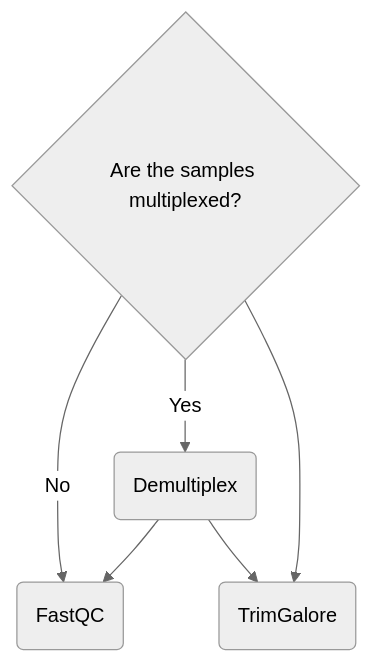
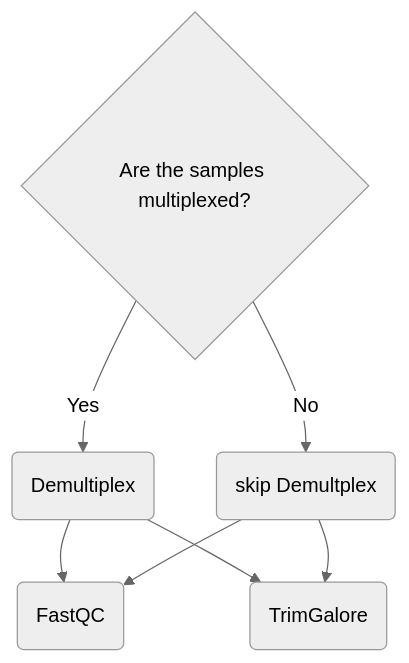
The diagram in docs/usage.md (chelauk/nf-core-demultiplex-methylation), drawn with Mermaid (neutral theme) before and after one commit.

````diff
--- a/docs/usage.md
+++ b/docs/usage.md
@@ -7,9 +7,10 @@
 ```mermaid
 flowchart TD
 step1{Are the samples multiplexed?}
 step1 -->|Yes| step1a(Demultiplex)
-step1 -->|No| step2(FastQC)
+step1 -->|No| step1b(skip Demultplex)
 step1a --> step2(FastQC)
+step1b --> step2(FastQC)
 step1a --> step3(TrimGalore)
-step1 --> step3(TrimGalore)
+step1b --> step3(TrimGalore)
 ```
````
